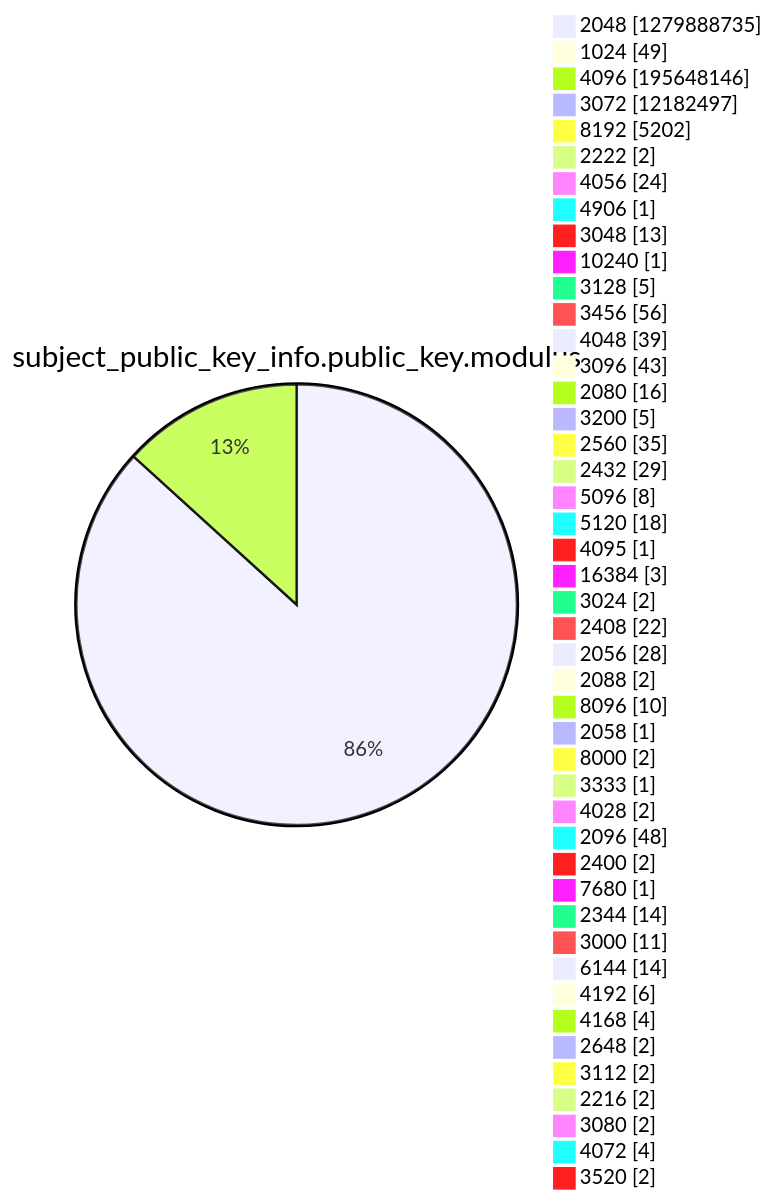
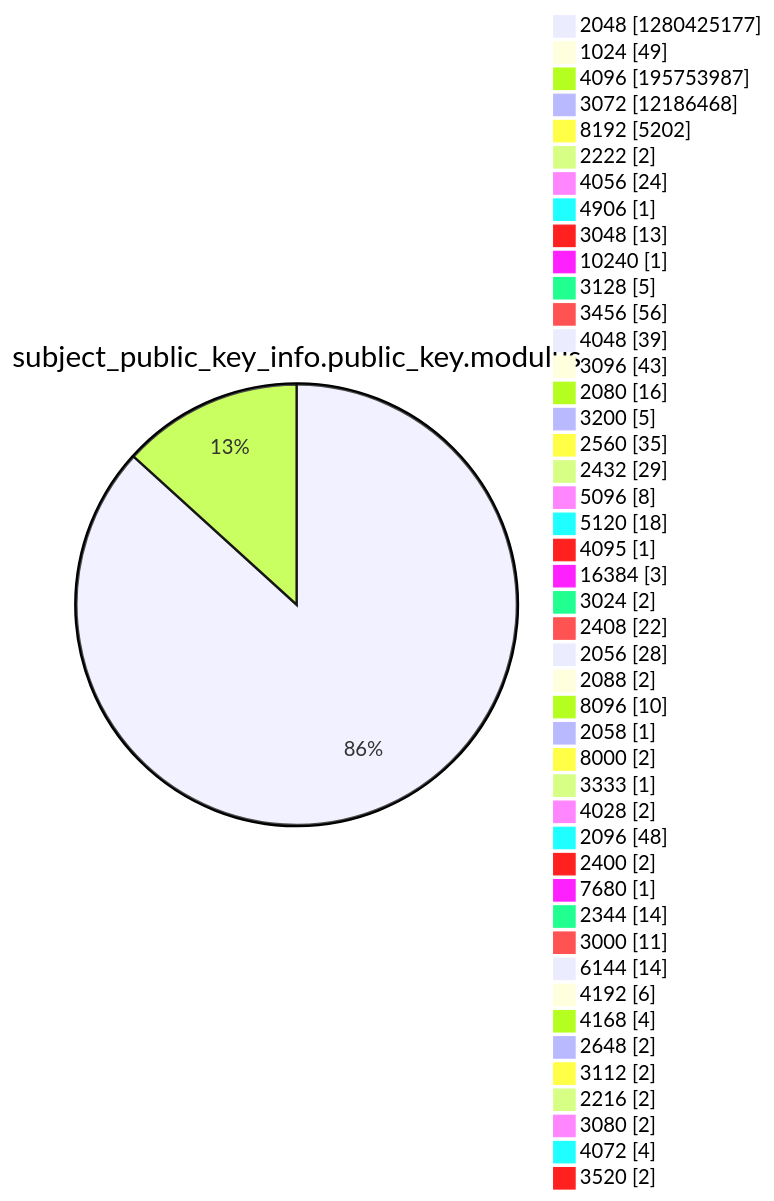
Before and after one commit to christiankrug/ctmonitor_visualization: diagram 13 of 15 in xenon2022/README.md, drawn with Mermaid. The commit also changed other lines of this file, not shown here.

````diff
--- a/xenon2022/README.md
+++ b/xenon2022/README.md
@@ -3920,49 +3920,49 @@
 ```mermaid
 pie showData
 title subject_public_key_info.public_key.modulus
-"2048" :1279888735
+"2048" :1280425177
 "1024" :49
-"4096" :195648146
-"3072" :12182497
+"4096" :195753987
+"3072" :12186468
 "8192" :5202
 "2222" :2
 "4056" :24
 "4906" :1
 "3048" :13
 "10240" :1
 "3128" :5
 "3456" :56
 "4048" :39
 "3096" :43
 "2080" :16
 "3200" :5
 "2560" :35
 "2432" :29
 "5096" :8
 "5120" :18
 "4095" :1
 "16384" :3
 "3024" :2
 "2408" :22
 "2056" :28
 "2088" :2
 "8096" :10
 "2058" :1
 "8000" :2
 "3333" :1
 "4028" :2
 "2096" :48
 "2400" :2
 "7680" :1
 "2344" :14
 "3000" :11
 "6144" :14
 "4192" :6
 "4168" :4
 "2648" :2
 "3112" :2
 "2216" :2
 "3080" :2
 "4072" :4
 "3520" :2
 ```
````
